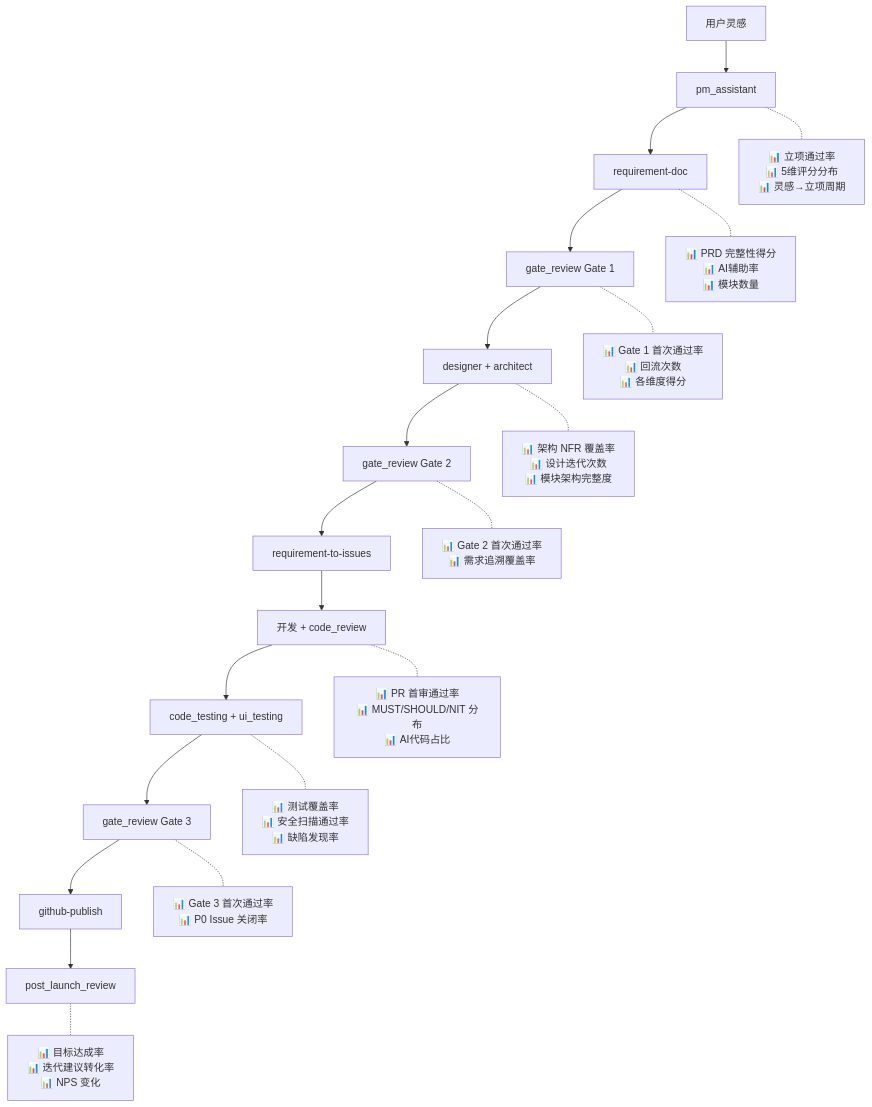
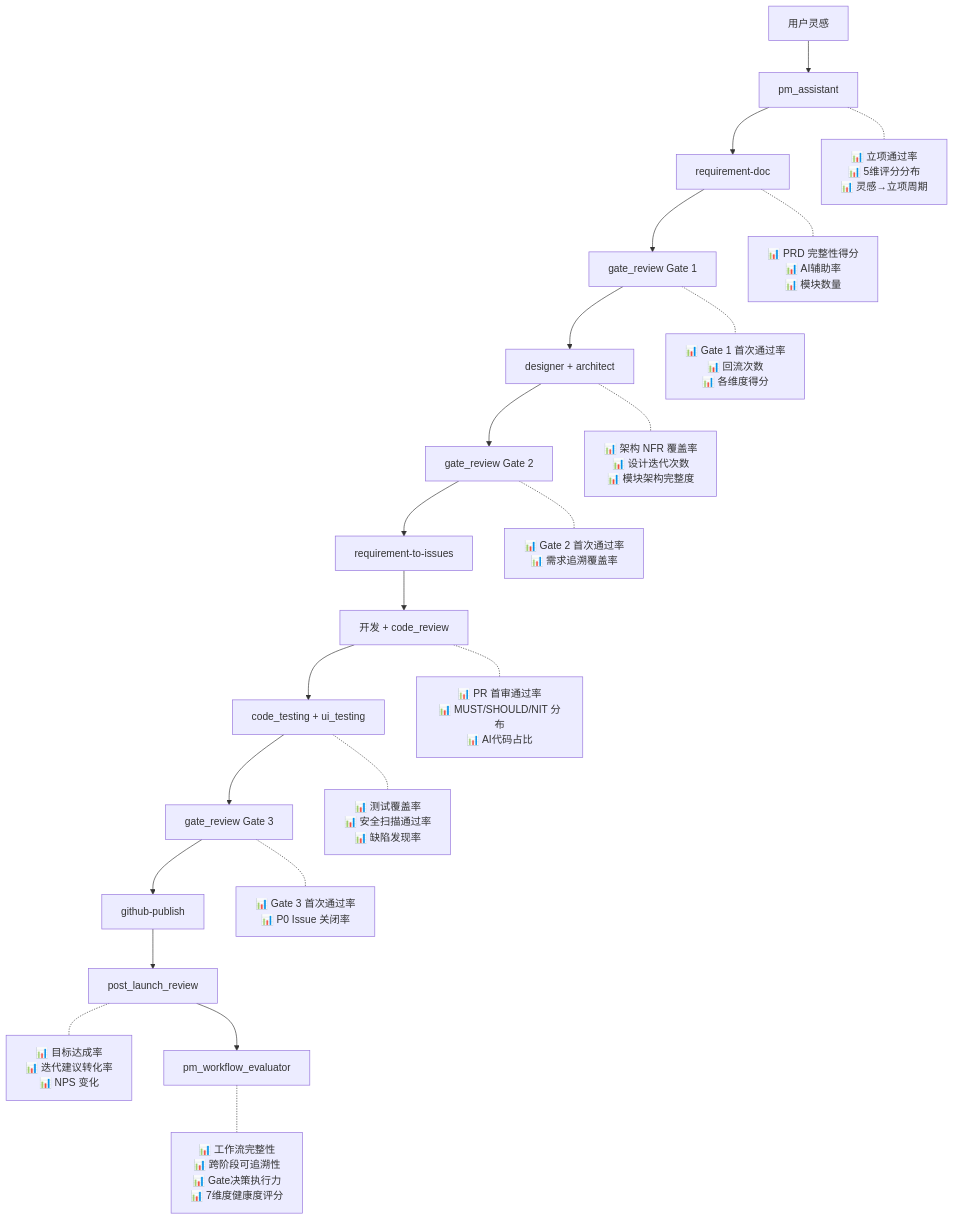
The diagram in docs/ai-era-metrics-framework.md (nickhou1983/PM-Project), drawn with Mermaid before and after one commit. The commit also changed other lines of this file and 1 other file, not shown here.

First line of the commit message:
docs: 补充 pm_workflow_evaluator 和 code_testing 到工作流文档

````diff
--- a/docs/ai-era-metrics-framework.md
+++ b/docs/ai-era-metrics-framework.md
@@ -192,24 +192,27 @@
 ```mermaid
 flowchart TD
     A[用户灵感] --> B[pm_assistant]
     B --> C[requirement-doc]
     C --> D[gate_review Gate 1]
     D --> E[designer + architect]
     E --> F[gate_review Gate 2]
     F --> G[requirement-to-issues]
     G --> H[开发 + code_review]
     H --> I[code_testing + ui_testing]
     I --> J[gate_review Gate 3]
     J --> K[github-publish]
     K --> L[post_launch_review]
 
     B -.- M1["📊 立项通过率\n📊 5维评分分布\n📊 灵感→立项周期"]
     C -.- M2["📊 PRD 完整性得分\n📊 AI辅助率\n📊 模块数量"]
     D -.- M3["📊 Gate 1 首次通过率\n📊 回流次数\n📊 各维度得分"]
     E -.- M4["📊 架构 NFR 覆盖率\n📊 设计迭代次数\n📊 模块架构完整度"]
     F -.- M5["📊 Gate 2 首次通过率\n📊 需求追溯覆盖率"]
     H -.- M6["📊 PR 首审通过率\n📊 MUST/SHOULD/NIT 分布\n📊 AI代码占比"]
     I -.- M7["📊 测试覆盖率\n📊 安全扫描通过率\n📊 缺陷发现率"]
     J -.- M8["📊 Gate 3 首次通过率\n📊 P0 Issue 关闭率"]
     L -.- M9["📊 目标达成率\n📊 迭代建议转化率\n📊 NPS 变化"]
+
+    L --> N[pm_workflow_evaluator]
+    N -.- M10["📊 工作流完整性\n📊 跨阶段可追溯性\n📊 Gate决策执行力\n📊 7维度健康度评分"]
 ```
````
